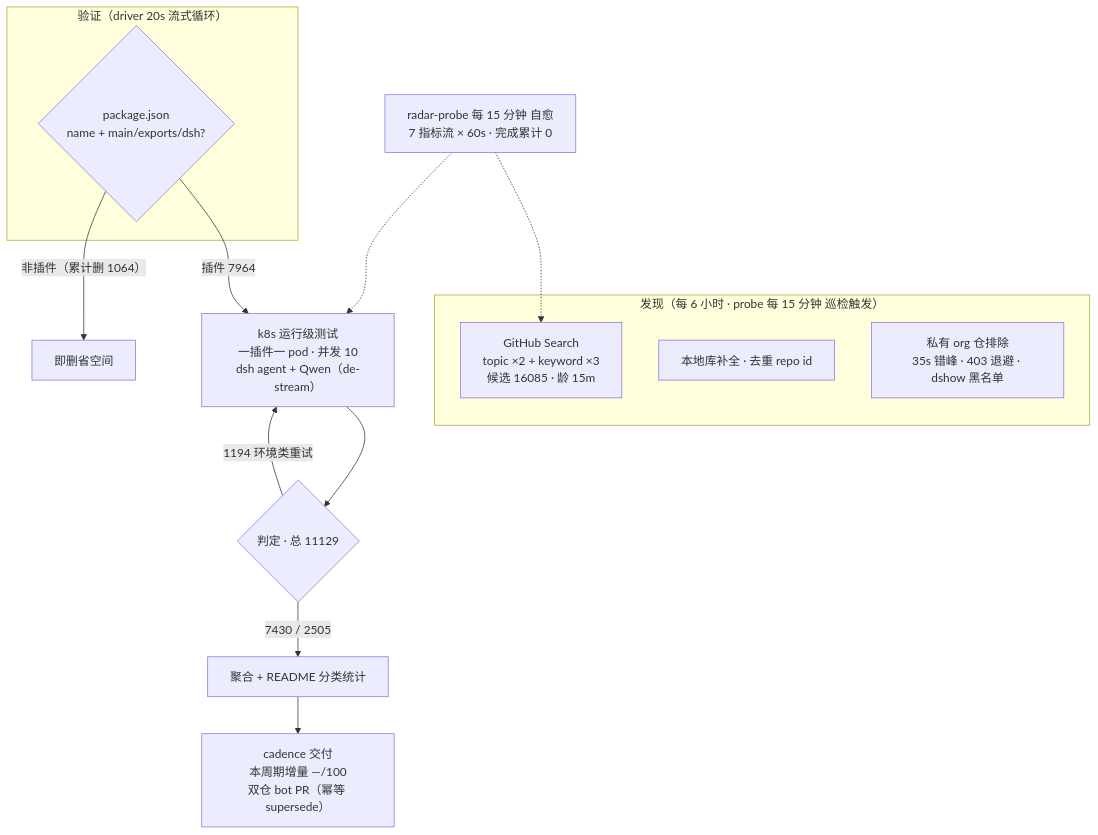
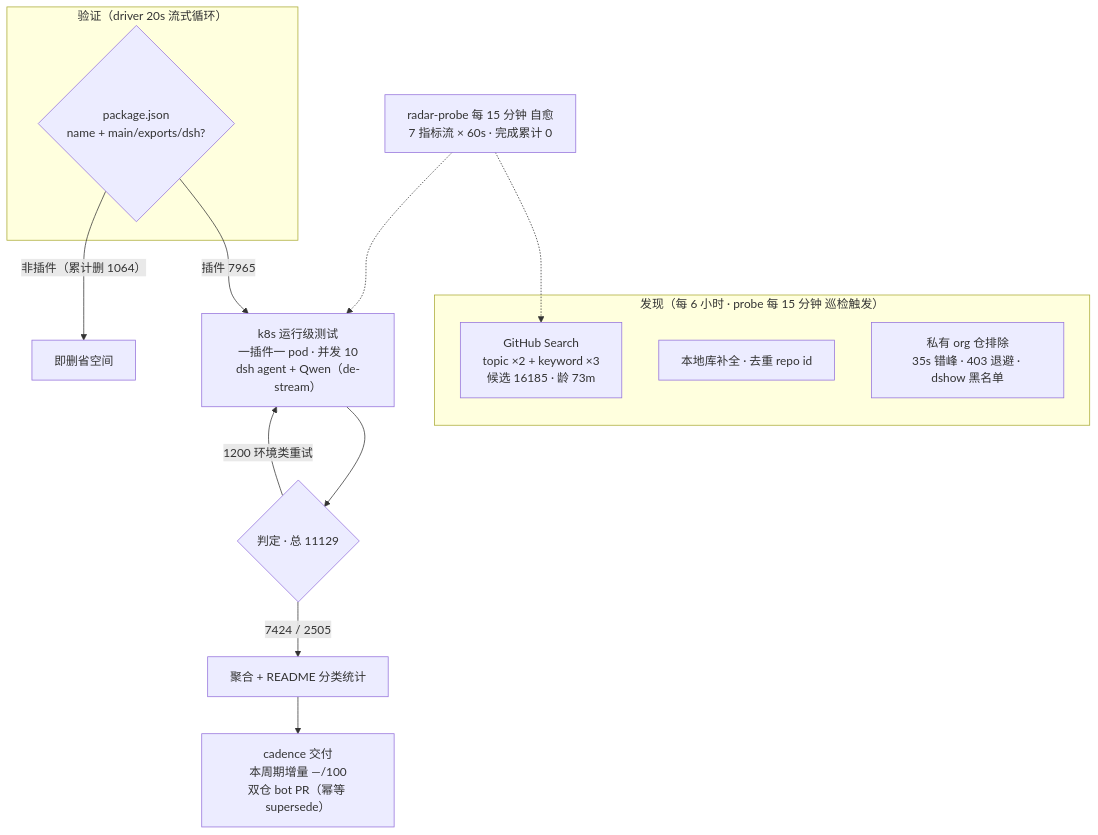
Before and after one commit to Zhidao-Lab-OSS/awesome-dsh-plugins: the diagram in README.md, drawn with Mermaid. The commit also changed other lines of this file and 1 other file, not shown here.

````diff
--- a/README.md
+++ b/README.md
@@ -52,20 +52,20 @@
 ```mermaid
 flowchart TB
     subgraph Discovery["发现（每 6 小时 · probe 每 15 分钟 巡检触发）"]
-        A1["GitHub Search<br/>topic ×2 + keyword ×3<br/>候选 16085 · 龄 15m"]
+        A1["GitHub Search<br/>topic ×2 + keyword ×3<br/>候选 16185 · 龄 73m"]
         A2["本地库补全 · 去重 repo id"]
         A3["私有 org 仓排除<br/>35s 错峰 · 403 退避 · dshow 黑名单"]
     end
     subgraph Validation["验证（driver 20s 流式循环）"]
         B1{"package.json<br/>name + main/exports/dsh?"}
     end
-    B1 -->|"插件 7964"| C1["k8s 运行级测试<br/>一插件一 pod · 并发 10<br/>dsh agent + Qwen（de-stream）"]
+    B1 -->|"插件 7965"| C1["k8s 运行级测试<br/>一插件一 pod · 并发 10<br/>dsh agent + Qwen（de-stream）"]
     B1 -->|"非插件（累计删 1064）"| B3["即删省空间"]
     C1 --> D1{"判定 · 总 11129"}
-    D1 -->|"7430 / 2505"| E1["聚合 + README 分类统计"]
-    D1 -->|"1194 环境类重试"| C1
+    D1 -->|"7424 / 2505"| E1["聚合 + README 分类统计"]
+    D1 -->|"1200 环境类重试"| C1
     E1 --> E2["cadence 交付<br/>本周期增量 —/100<br/>双仓 bot PR（幂等 supersede）"]
     M["radar-probe 每 15 分钟 自愈<br/>7 指标流 × 60s · 完成累计 0"]
     M -.-> A1
     M -.-> C1
 ```
````
